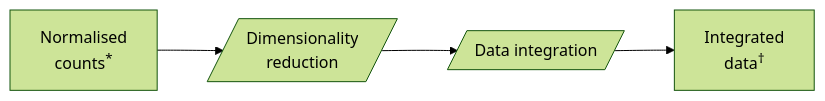
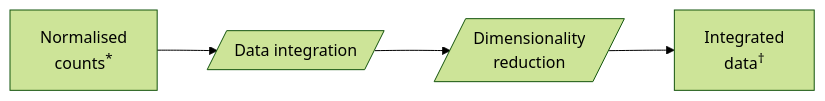
One commit to openpipelines-bio/openpipeline changed the fifth of 5 diagrams in docs/design.qmd. Above: the diagram before and after it, drawn with Mermaid (forest theme). The commit also changed other lines of this file and 1 other file, not shown here.

````diff
--- a/docs/design.qmd
+++ b/docs/design.qmd
@@ -165,13 +162,13 @@
 ```{mermaid}
 %%| label: fig-integration
 %%| fig-cap: "Integration pipeline.  \n`*`: Possible entry points.  \n`†`: Output file(s)"
 flowchart LR
 
   Normalised["Normalised\ncounts<sup>*</sup>"]
   Integrated["Integrated\ndata<sup>†</sup>"]
 
-  Step1[/"Dimensionality\nreduction"/]
-  Step2[/"Data integration"/]
+  Step1[/"Data integration"/]
+  Step2[/"Dimensionality\nreduction"/]
   
   Normalised --> Step1 --> Step2 --> Integrated
 ```
````
